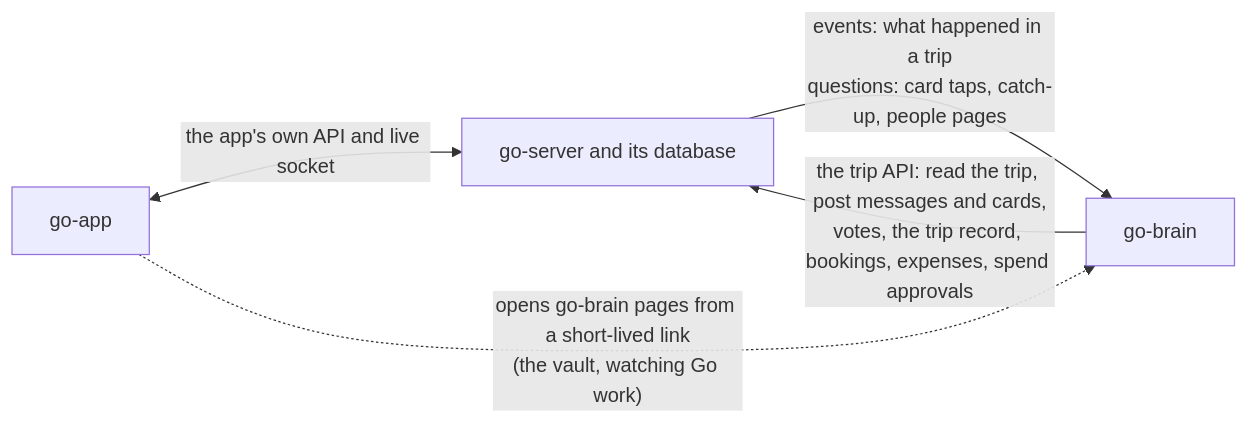
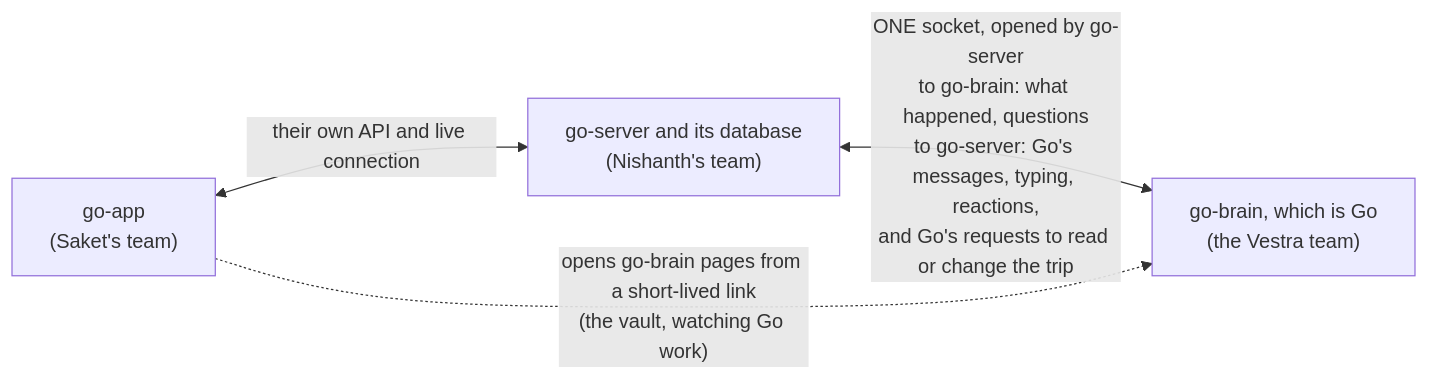
The diagram in docs/guide/README.md (vestra-ai/go-brain), drawn with Mermaid before and after one commit. The commit also changed other lines of this file and 23 other files, not shown here.

First line of the commit message:
docs(guide): the guide moves to the brain's one socket, and six contract fixes

````diff
--- a/docs/guide/README.md
+++ b/docs/guide/README.md
@@ -21,7 +21,6 @@
 ```mermaid
 flowchart LR
-  app["go-app"] <-- "the app's own API and live socket" --> server["go-server and its database"]
-  server -- "events: what happened in a trip<br/>questions: card taps, catch-up, people pages" --> brain["go-brain"]
-  brain -- "the trip API: read the trip, post messages and cards,<br/>votes, the trip record, bookings, expenses, spend approvals" --> server
+  app["go-app<br/>(Saket's team)"] <-- "their own API and live connection" --> server["go-server and its database<br/>(Nishanth's team)"]
+  server <-- "ONE socket, opened by go-server<br/>to go-brain: what happened, questions<br/>to go-server: Go's messages, typing, reactions,<br/>and Go's requests to read or change the trip" --> brain["go-brain, which is Go<br/>(the Vestra team)"]
   app -. "opens go-brain pages from a short-lived link<br/>(the vault, watching Go work)" .-> brain
 ```
````
